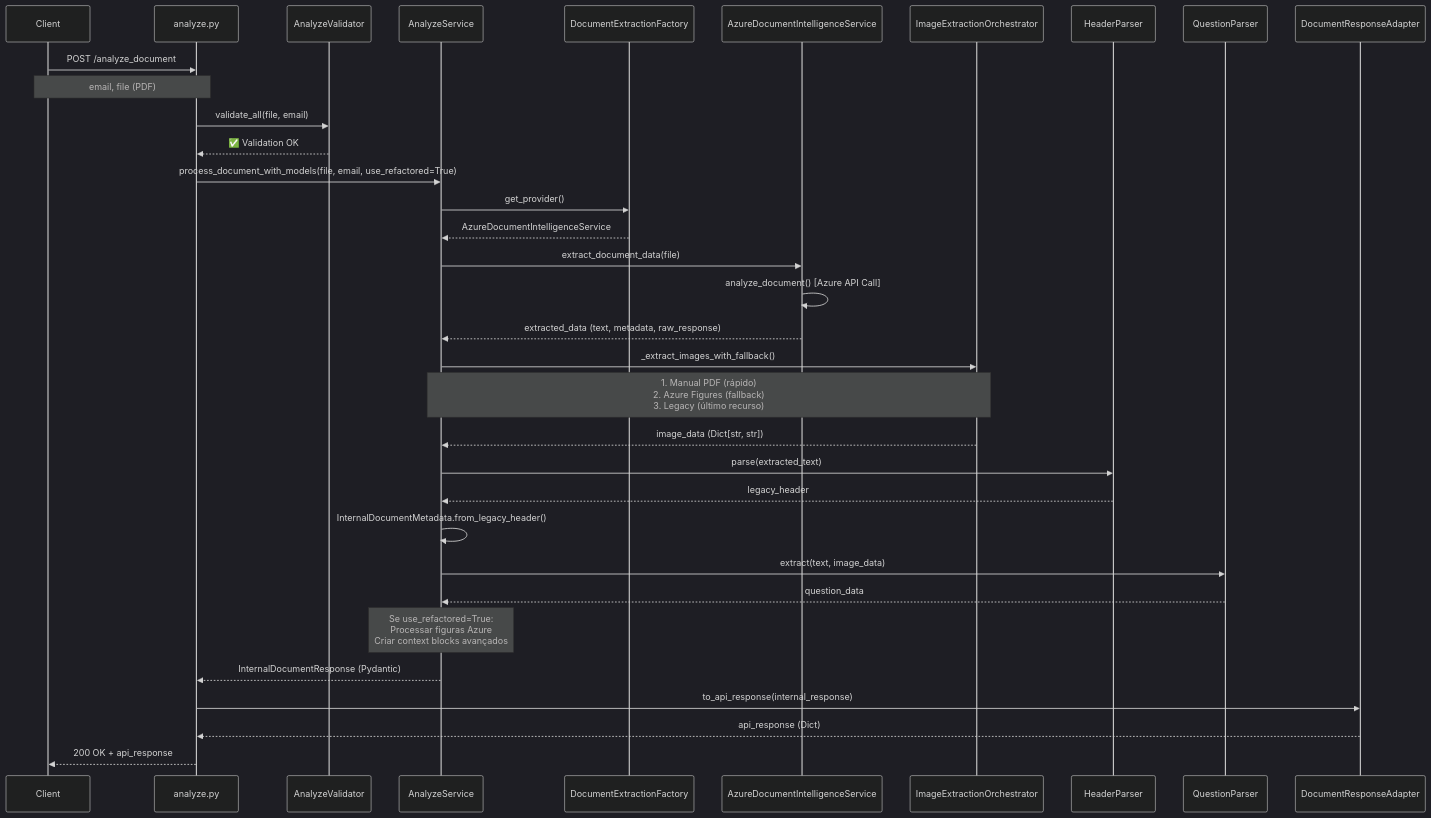
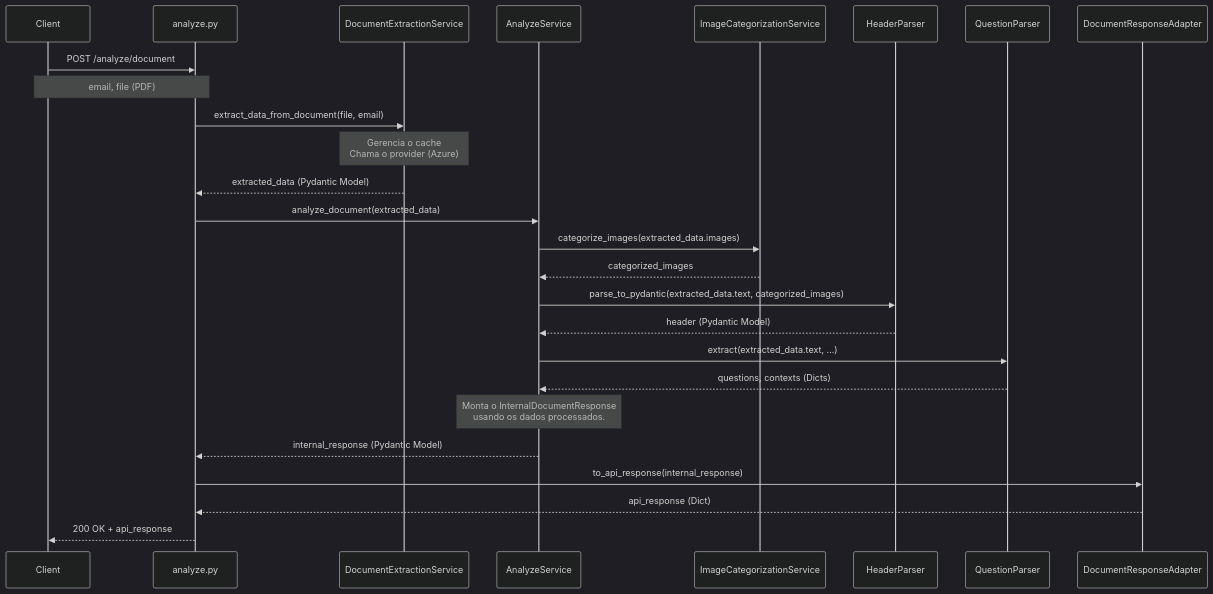
Before and after one commit to Bergami/CriEduc.SmartQuest: the first of 3 diagrams in docs/sequence_diagram.md, drawn with Mermaid (dark theme). The commit also changed other lines of this file and 31 other files, not shown here.

````diff
--- a/docs/sequence_diagram.md
+++ b/docs/sequence_diagram.md
@@ -5,49 +5,38 @@
 ```mermaid
 sequenceDiagram
     participant Client
     participant Controller as analyze.py
-    participant Validator as AnalyzeValidator
-    participant Service as AnalyzeService
-    participant Factory as DocumentExtractionFactory
-    participant Azure as AzureDocumentIntelligenceService
-    participant ImageOrch as ImageExtractionOrchestrator
+    participant ExtractionService as DocumentExtractionService
+    participant AnalyzeService as AnalyzeService
+    participant ImageService as ImageCategorizationService
     participant HeaderParser
     participant QuestionParser
     participant Adapter as DocumentResponseAdapter
 
-    Client->>Controller: POST /analyze_document
+    Client->>Controller: POST /analyze/document
     Note over Client,Controller: email, file (PDF)
     
-    Controller->>Validator: validate_all(file, email)
-    Validator-->>Controller: ✅ Validation OK
+    Controller->>ExtractionService: extract_data_from_document(file, email)
+    Note over ExtractionService: Gerencia o cache<br/>Chama o provider (Azure)
+    ExtractionService-->>Controller: extracted_data (Pydantic Model)
     
-    Controller->>Service: process_document_with_models(file, email, use_refactored=True)
+    Controller->>AnalyzeService: analyze_document(extracted_data)
     
-    Service->>Factory: get_provider()
-    Factory-->>Service: AzureDocumentIntelligenceService
+    AnalyzeService->>ImageService: categorize_images(extracted_data.images)
+    ImageService-->>AnalyzeService: categorized_images
     
-    Service->>Azure: extract_document_data(file)
-    Azure->>Azure: analyze_document() [Azure API Call]
-    Azure-->>Service: extracted_data (text, metadata, raw_response)
+    AnalyzeService->>HeaderParser: parse_to_pydantic(extracted_data.text, categorized_images)
+    HeaderParser-->>AnalyzeService: header (Pydantic Model)
     
-    Service->>ImageOrch: _extract_images_with_fallback()
-    Note over Service,ImageOrch: 1. Manual PDF (rápido)<br/>2. Azure Figures (fallback)<br/>3. Legacy (último recurso)
-    ImageOrch-->>Service: image_data (Dict[str, str])
+    AnalyzeService->>QuestionParser: extract(extracted_data.text, ...)
+    QuestionParser-->>AnalyzeService: questions, contexts (Dicts)
     
-    Service->>HeaderParser: parse(extracted_text)
-    HeaderParser-->>Service: legacy_header
+    Note over AnalyzeService: Monta o InternalDocumentResponse<br/>usando os dados processados.
     
-    Service->>Service: InternalDocumentMetadata.from_legacy_header()
-    
-    Service->>QuestionParser: extract(text, image_data)
-    QuestionParser-->>Service: question_data
-    
-    Note over Service: Se use_refactored=True:<br/>Processar figuras Azure<br/>Criar context blocks avançados
-    
-    Service-->>Controller: InternalDocumentResponse (Pydantic)
+    AnalyzeService-->>Controller: internal_response (Pydantic Model)
     
     Controller->>Adapter: to_api_response(internal_response)
     Adapter-->>Controller: api_response (Dict)
     
     Controller-->>Client: 200 OK + api_response
 ```
````
